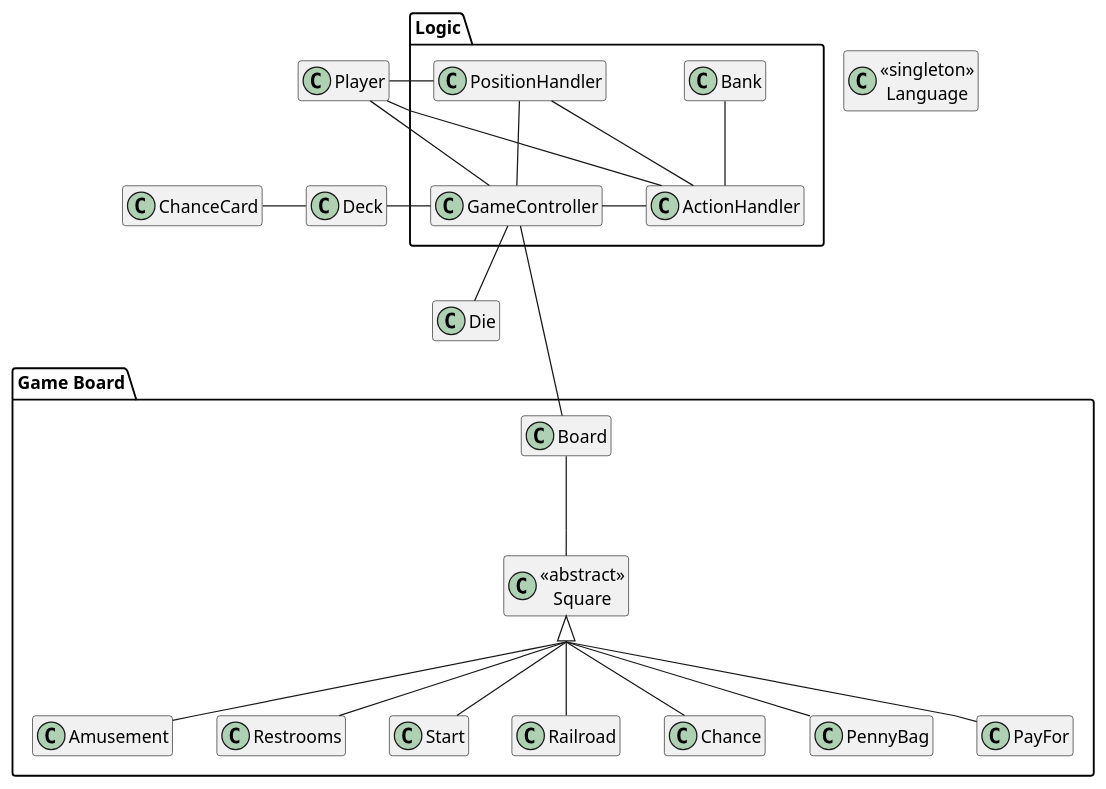
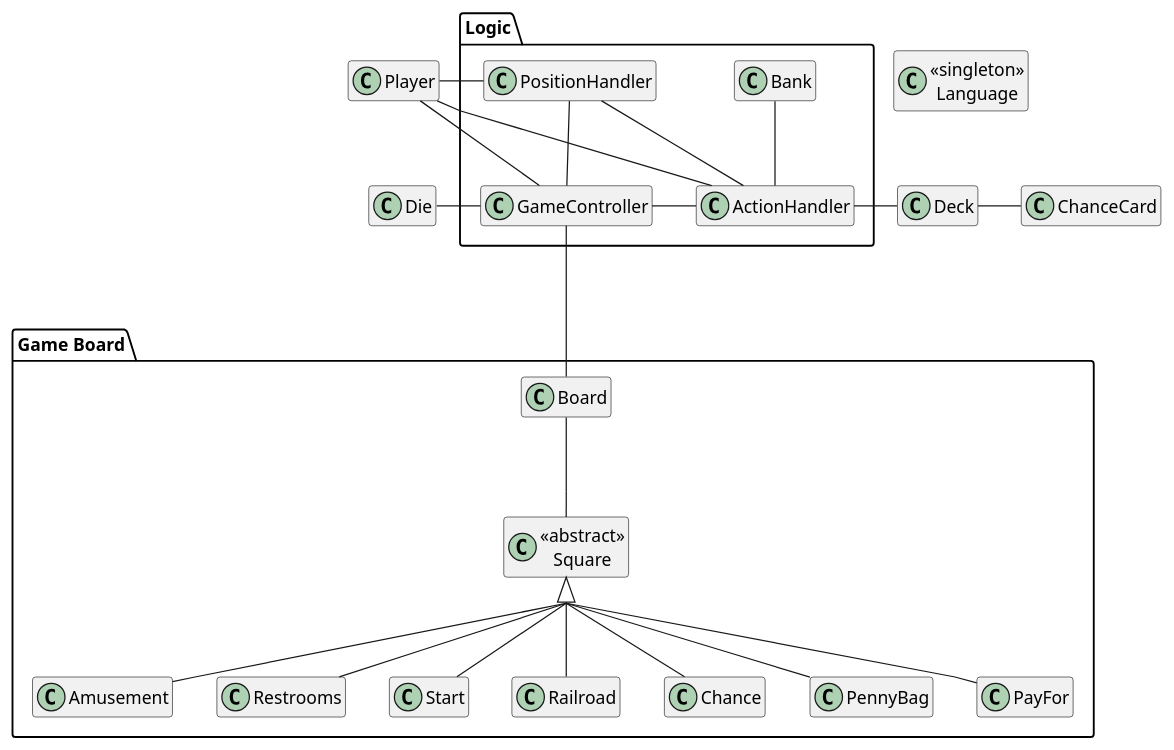
The diagram in diagrams/design2.puml (Greve2001/CDIO3), drawn with PlantUML before and after one commit.

Commit message:
removed coupling between GameController and Deck

```diff
--- a/diagrams/design2.puml
+++ b/diagrams/design2.puml
@@ -1,60 +1,60 @@
 @startuml
 
 hide empty members
 skinparam groupInheritance 2
 
 skinparam linetype polyline
 
 
 class Die
 
 package "Game Board" {
     class Board
     class "<<abstract>>\nSquare" as Square
         class Amusement
         class Restrooms
         class Start
         class Railroad
         class Chance
         class PennyBag
         class PayFor
 }
 
 package Logic {
     class Bank
     class GameController
     class PositionHandler
     class ActionHandler
 }
 
 class Deck
 class ChanceCard
 class Player
 class "<<singleton>>\nLanguage" as Language
 
 GameController -left- PositionHandler
 GameController -right- ActionHandler
 PositionHandler -- ActionHandler
 
 GameController -left- Player
 ActionHandler -left- Player
 PositionHandler -left- Player
 ActionHandler -up- Bank
 
 GameController -down-- Board
-GameController -left- Deck
-    Deck -left- ChanceCard
-GameController -down- Die
+ActionHandler -right- Deck
+    Deck -right- ChanceCard
+GameController -left- Die
 
 
 Board -- Square
 Square <|-- Restrooms
 Square <|-- Amusement
 Square <|-- Railroad
 Square <|-- PayFor
 Square <|-- PennyBag
 Square <|-- Start
 Square <|-- Chance
 
 
 @enduml
```
